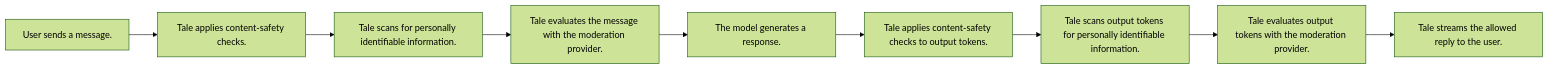
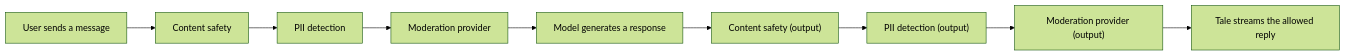
One commit to tale-project/tale changed the diagram in docs/en/platform/admin/governance.md. Above: the diagram before and after it, drawn with Mermaid (forest theme). The commit also changed other lines of this file and 329 other files, not shown here.

````diff
--- a/docs/en/platform/admin/governance.md
+++ b/docs/en/platform/admin/governance.md
@@ -46,11 +54,11 @@
 ```mermaid
 flowchart LR
-  user["User sends a message."] --> chatFilter["Tale applies content-safety checks."]
-  chatFilter --> pii["Tale scans for personally identifiable information."]
-  pii --> moderation["Tale evaluates the message with the moderation provider."]
-  moderation --> model["The model generates a response."]
-  model --> outChatFilter["Tale applies content-safety checks to output tokens."]
-  outChatFilter --> outPii["Tale scans output tokens for personally identifiable information."]
-  outPii --> outModeration["Tale evaluates output tokens with the moderation provider."]
-  outModeration --> reply["Tale streams the allowed reply to the user."]
+  user["User sends a message"] --> chatFilter["Content safety"]
+  chatFilter --> pii["PII detection"]
+  pii --> moderation["Moderation provider"]
+  moderation --> model["Model generates a response"]
+  model --> outChatFilter["Content safety (output)"]
+  outChatFilter --> outPii["PII detection (output)"]
+  outPii --> outModeration["Moderation provider (output)"]
+  outModeration --> reply["Tale streams the allowed reply"]
 ```
````
